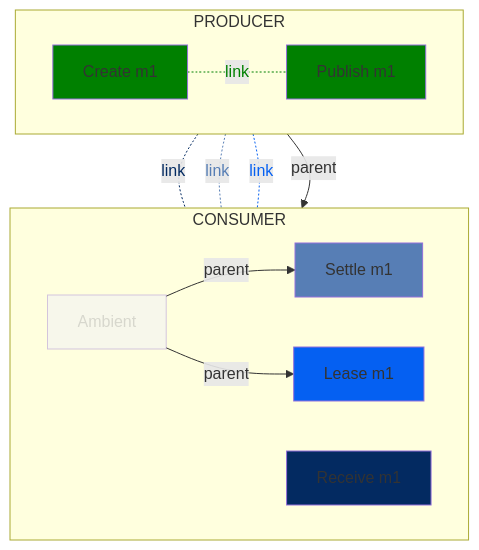
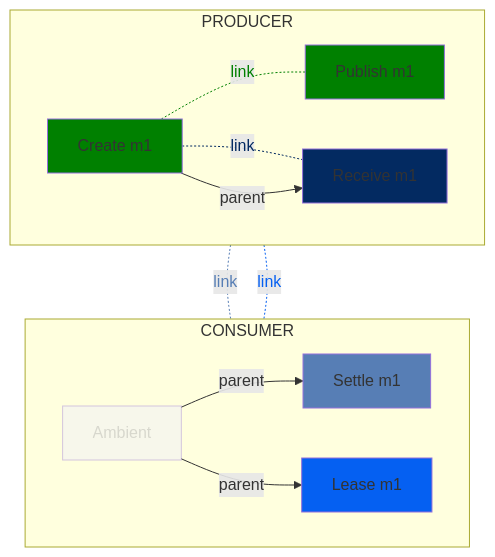
Before and after one commit to alevenberg/semantic-conventions: the seventh of 7 diagrams in docs/messaging/gcp-pubsub.md, drawn with Mermaid. The commit also changed other lines of this file, not shown here.

````diff
--- a/docs/messaging/gcp-pubsub.md
+++ b/docs/messaging/gcp-pubsub.md
@@ -322,50 +322,50 @@
 ```mermaid
 flowchart TD;
   subgraph CONSUMER
   direction LR
   A[Ambient]
-  R1[Receive m1]
   SM1[Settle m1]
   LM1[Lease m1]
   %% Link 0
   %% Link 1
   A-- parent -->SM1
   %% Link 2
   A-- parent -->LM1
   end
   subgraph PRODUCER
   direction LR
   CM1[Create m1]
   PM1[Publish m1]
+  R1[Receive m1]
   end
   %% Link 3
   CM1-. link .-PM1;
   %% Link 4
   CM1-. link .-R1;
   %% Link 5
   CM1-. link .-SM1;
   %% Link 6
   CM1-. link .-LM1;
   CM1-- parent -->R1
   %% Style the node and corresponding link
   %% Producer links and nodes
   classDef producer fill:green
   class PM1,CM1 producer
   linkStyle 2 color:green,stroke:green
 
   %% Consumer links and nodes
   classDef consumer fill:#032a61
   class R1 consumer
   linkStyle 3 color:#032a61,stroke:#032a61
 
   classDef lease fill:#0560f2
   class LM1 lease
   linkStyle 5 color:#0560f2,stroke:#0560f2
 
   classDef ack fill:#577eb5
   class SM1 ack
   linkStyle 4 color:#577eb5,stroke:#577eb5
 
   classDef additional opacity:0.4
   class A additional
 ```
````
